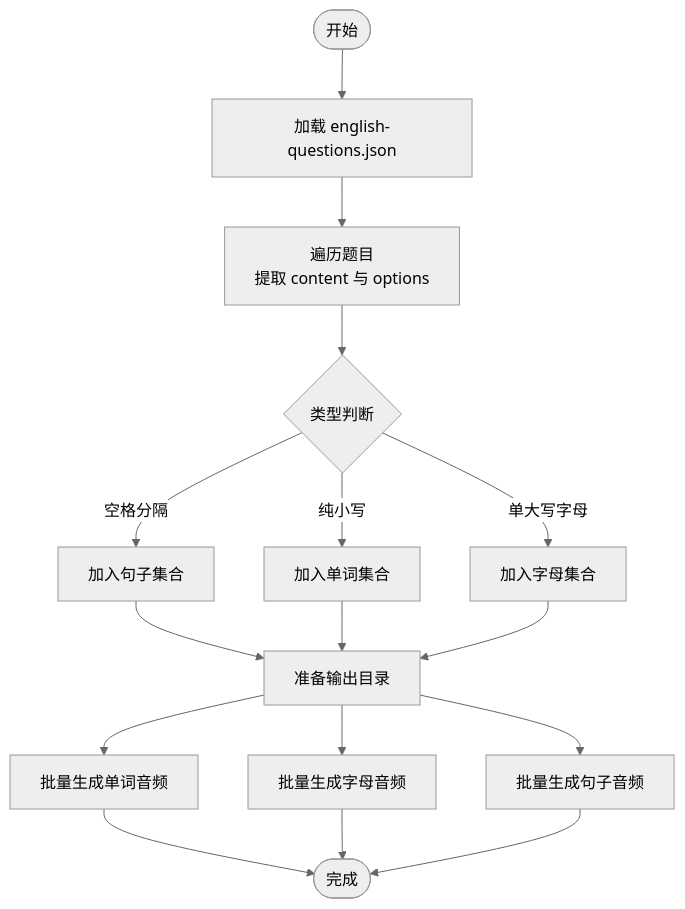
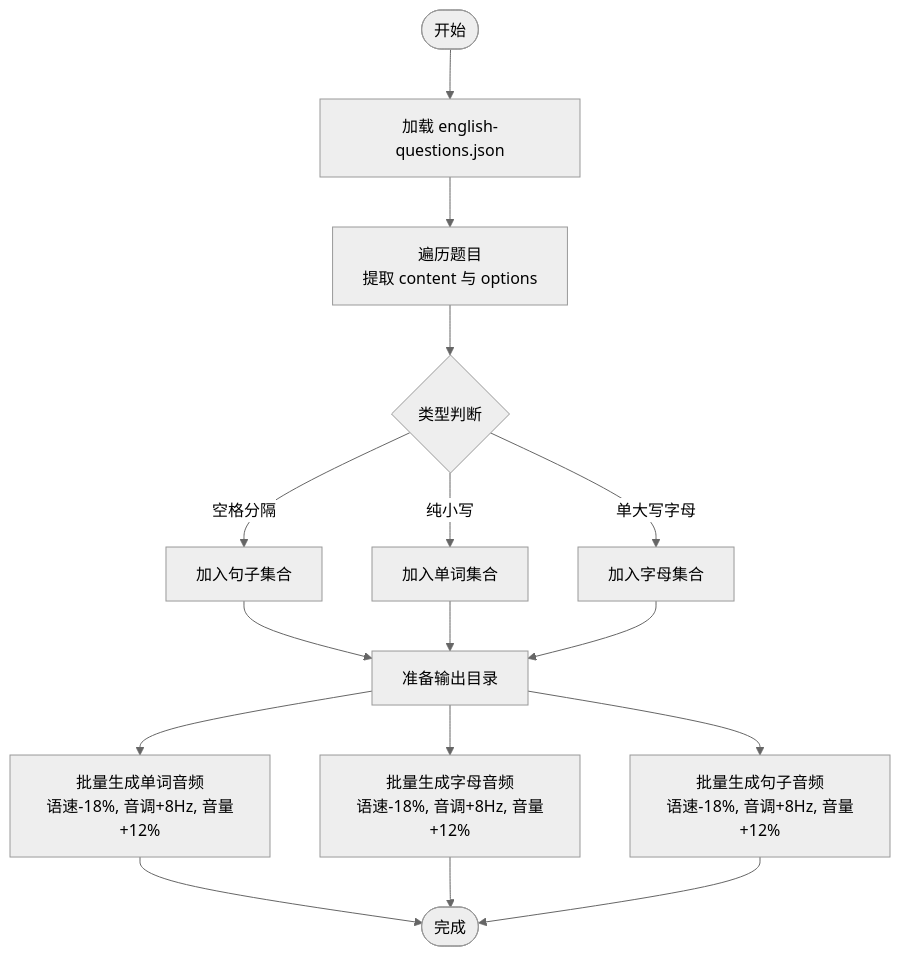
Before and after one commit to wudeng2005/rainbow-learning: the fourth of 8 diagrams in .qoder/repowiki/zh/content/构建与部署/音频生成指南.md, drawn with Mermaid (neutral theme). The commit also changed other lines of this file and 23 other files, not shown here.

````diff
--- a/.qoder/repowiki/zh/content/构建与部署/音频生成指南.md
+++ b/.qoder/repowiki/zh/content/构建与部署/音频生成指南.md
@@ -192,18 +202,18 @@
 ```mermaid
 flowchart TD
 Start(["开始"]) --> LoadJSON["加载 english-questions.json"]
 LoadJSON --> Extract["遍历题目<br/>提取 content 与 options"]
 Extract --> Classify{"类型判断"}
 Classify --> |空格分隔| Sentences["加入句子集合"]
 Classify --> |纯小写| Words["加入单词集合"]
 Classify --> |单大写字母| Letters["加入字母集合"]
 Sentences --> BuildOut["准备输出目录"]
 Words --> BuildOut
 Letters --> BuildOut
-BuildOut --> BatchWords["批量生成单词音频"]
-BuildOut --> BatchLetters["批量生成字母音频"]
-BuildOut --> BatchSentences["批量生成句子音频"]
+BuildOut --> BatchWords["批量生成单词音频<br/>语速-18%, 音调+8Hz, 音量+12%"]
+BuildOut --> BatchLetters["批量生成字母音频<br/>语速-18%, 音调+8Hz, 音量+12%"]
+BuildOut --> BatchSentences["批量生成句子音频<br/>语速-18%, 音调+8Hz, 音量+12%"]
 BatchWords --> End(["完成"])
 BatchLetters --> End
 BatchSentences --> End
 ```
````
